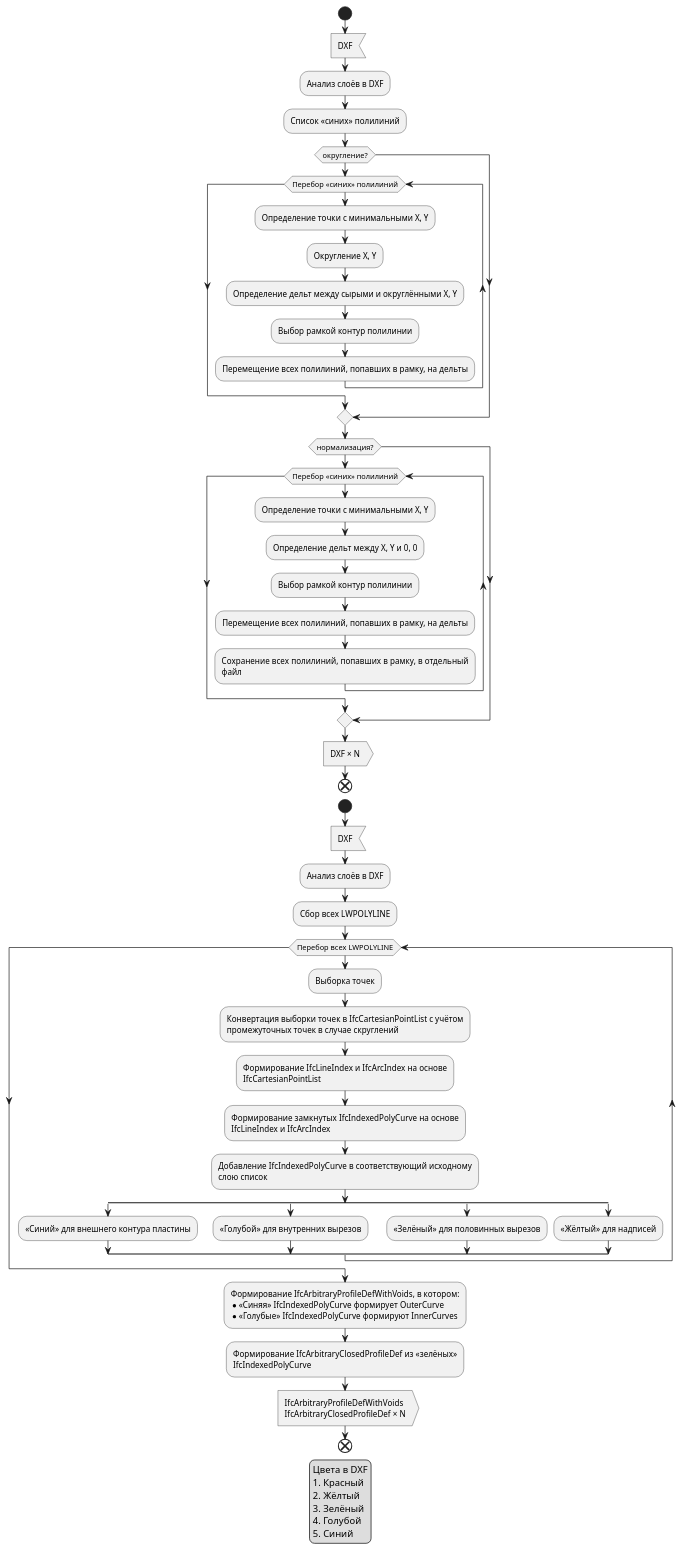
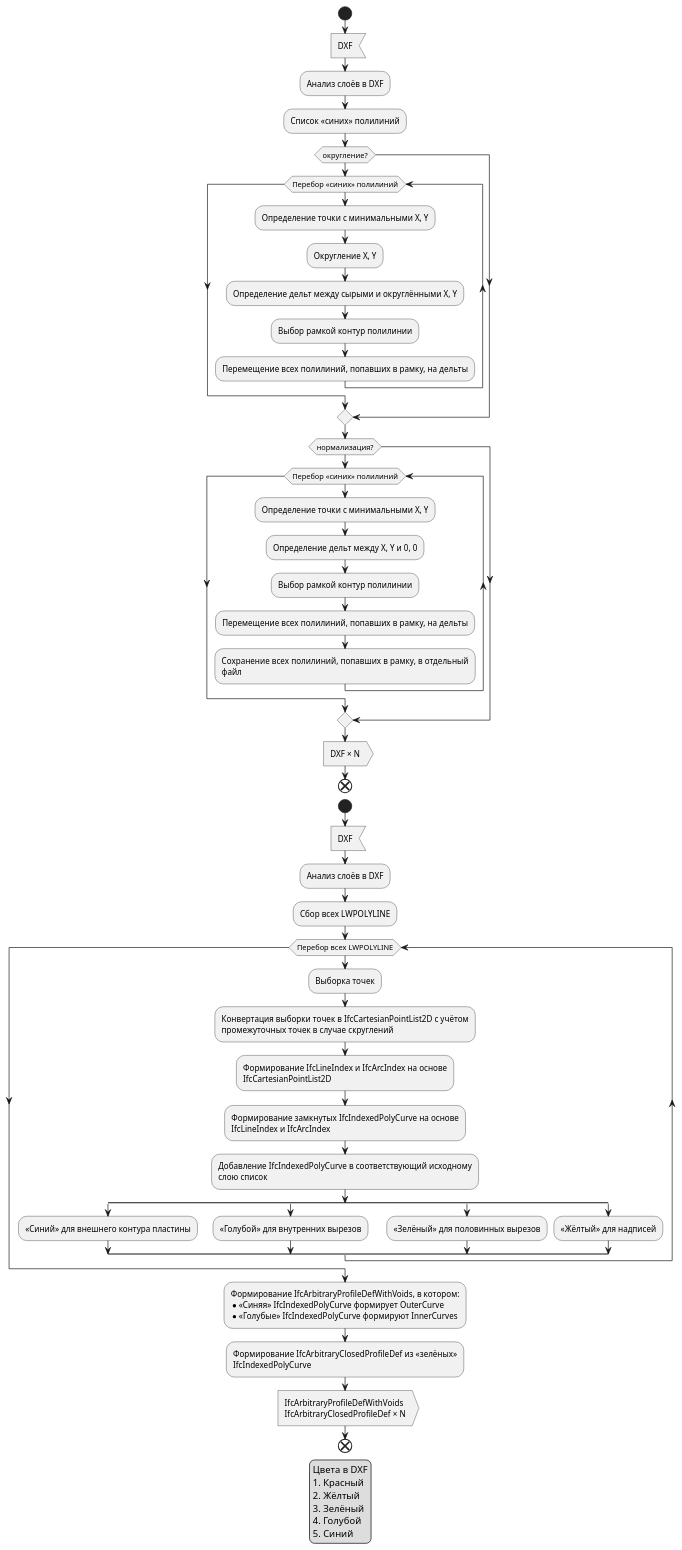
Before and after one commit to VDobranov/DXF2IFC2D: the diagram in schemes/General.wsd, drawn with PlantUML. The commit also changed 5 other files, not shown here.

Commit message:
Конвертация полилинии DXF  в полилинию IFC. Автовалидация IFC.

```diff
--- a/schemes/General.wsd
+++ b/schemes/General.wsd
@@ -1,75 +1,75 @@
 @startuml General
 
 <style>
 activityDiagram {
   FontName Iosevka
   MaximumWidth 400
 }
 </style>
 
 start
 :DXF<
 :Анализ слоёв в DXF;
 :Список «синих» полилиний;
 if (округление?) then
 	while (Перебор «синих» полилиний)
 		:Определение точки с минимальными X, Y;
 		:Округление X, Y;
 		:Определение дельт между сырыми и округлёнными X, Y;
 		:Выбор рамкой контур полилинии;
 		:Перемещение всех полилиний, попавших в рамку, на дельты;
 	endwhile
 endif
 if (нормализация?) then
 	while (Перебор «синих» полилиний)
 		:Определение точки с минимальными X, Y;
 		:Определение дельт между X, Y и 0, 0;
 		:Выбор рамкой контур полилинии;
 		:Перемещение всех полилиний, попавших в рамку, на дельты;
 		:Сохранение всех полилиний, попавших в рамку, в отдельный файл;
 	endwhile
 endif
 :DXF × N>
 end
 
 start
 :DXF<
 :Анализ слоёв в DXF;
 :Сбор всех LWPOLYLINE;
 ' :LWPOLYLINE для формирования тела пластины;
 ' :Список LWPOLYLINE для сквозного вырезания пластины;
 ' :Список LWPOLYLINE для половинного вырезания пластины;
 while (Перебор всех LWPOLYLINE)
 	:Выборка точек;
-	:Конвертация выборки точек в IfcCartesianPointList с учётом промежуточных точек в случае скруглений;
-	:Формирование IfcLineIndex и IfcArcIndex на основе IfcCartesianPointList;
+	:Конвертация выборки точек в IfcCartesianPointList2D с учётом промежуточных точек в случае скруглений;
+	:Формирование IfcLineIndex и IfcArcIndex на основе IfcCartesianPointList2D;
 	:Формирование замкнутых IfcIndexedPolyCurve на основе IfcLineIndex и IfcArcIndex;
 	:Добавление IfcIndexedPolyCurve в соответствующий исходному слою список;
 	split
 		:«Синий» для внешнего контура пластины;
 	split again
 		:«Голубой» для внутренних вырезов;
 	split again
 		:«Зелёный» для половинных вырезов;
 	split again
 		:«Жёлтый» для надписей;
 	end split
 endwhile
 :Формирование IfcArbitraryProfileDefWithVoids, в котором:
 * «Синяя» IfcIndexedPolyCurve формирует OuterCurve
 * «Голубые» IfcIndexedPolyCurve формируют InnerCurves;
 :Формирование IfcArbitraryClosedProfileDef из «зелёных» IfcIndexedPolyCurve;
 :IfcArbitraryProfileDefWithVoids
 IfcArbitraryClosedProfileDef × N>
 end
 
 legend
 Цвета в DXF
 1. Красный
 2. Жёлтый
 3. Зелёный
 4. Голубой
 5. Синий
 end legend
 
 @enduml
```
